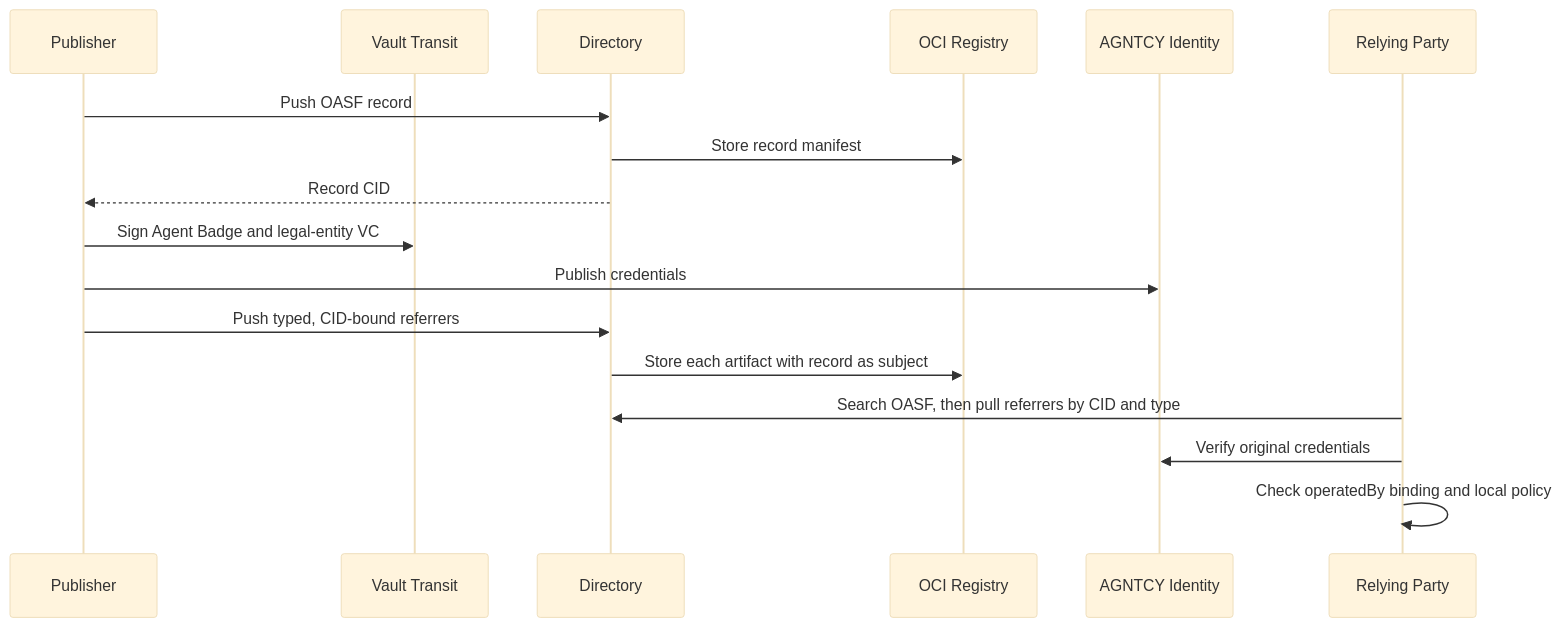
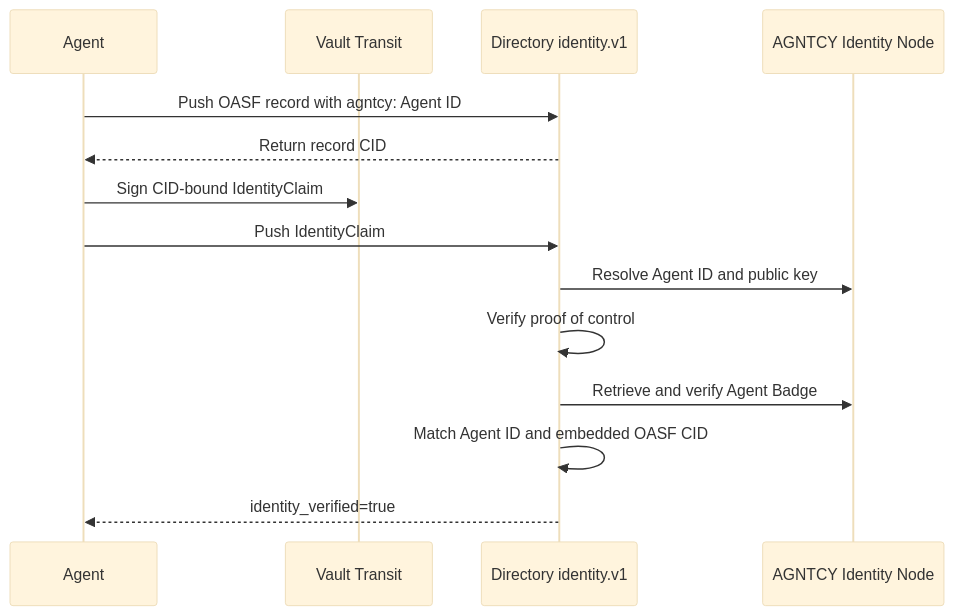
The second of 2 diagrams in oci-typed-artifacts-poc/DRAFT-DIRECTORY-MAINTAINER-COMMENT.md (agntcy/agent-identity-demos), drawn with Mermaid (base theme) before and after one commit. The commit also changed other lines of this file, not shown here.

Commit message:
Lead trust discussion with OCI referrer PoC

````diff
--- a/oci-typed-artifacts-poc/DRAFT-DIRECTORY-MAINTAINER-COMMENT.md
+++ b/oci-typed-artifacts-poc/DRAFT-DIRECTORY-MAINTAINER-COMMENT.md
@@ -88,20 +133,17 @@
 ```mermaid
 sequenceDiagram
-    participant P as Publisher
+    participant A as Agent
     participant V as Vault Transit
-    participant D as Directory
-    participant O as OCI Registry
-    participant I as AGNTCY Identity
-    participant R as Relying Party
+    participant D as Directory identity.v1
+    participant I as AGNTCY Identity Node
 
-    P->>D: Push OASF record
-    D->>O: Store record manifest
-    D-->>P: Record CID
-    P->>V: Sign Agent Badge and legal-entity VC
-    P->>I: Publish credentials
-    P->>D: Push typed, CID-bound referrers
-    D->>O: Store each artifact with record as subject
-    R->>D: Search OASF, then pull referrers by CID and type
-    R->>I: Verify original credentials
-    R->>R: Check operatedBy binding and local policy
+    A->>D: Push OASF record with agntcy: Agent ID
+    D-->>A: Return record CID
+    A->>V: Sign CID-bound IdentityClaim
+    A->>D: Push IdentityClaim
+    D->>I: Resolve Agent ID and public key
+    D->>D: Verify proof of control
+    D->>I: Retrieve and verify Agent Badge
+    D->>D: Match Agent ID and embedded OASF CID
+    D-->>A: identity_verified=true
 ```
````
